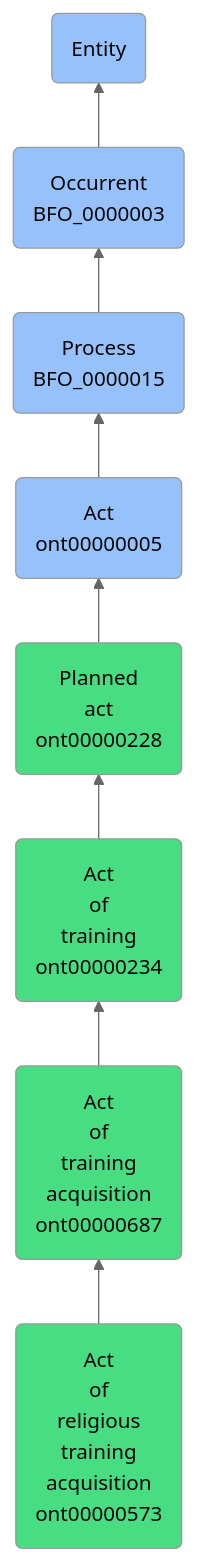
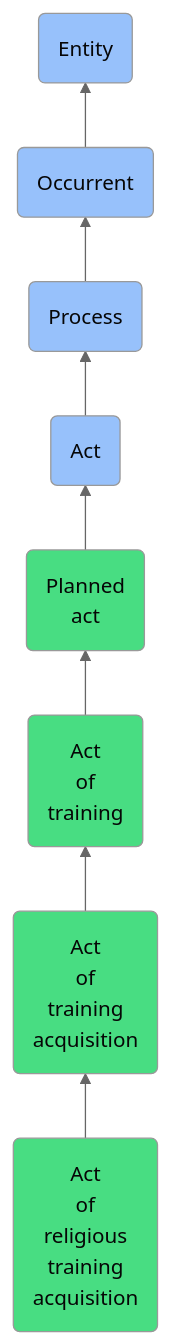
One commit to jupyter-naas/abi changed the diagram in docs/ontology/reference/model/Entity/Occurrent/Process/Act/Planned act/Act of training/Act of training acquisition/Act of religious training acquisition/Act of religious training acquisition.md. Above: the diagram before and after it, drawn with Mermaid (neutral theme). The commit also changed other lines of this file and 1430 other files, not shown here.

````diff
--- a/docs/ontology/reference/model/Entity/Occurrent/Process/Act/Planned act/Act of training/Act of training acquisition/Act of religious training acquisition/Act of religious training acquisition.md
+++ b/docs/ontology/reference/model/Entity/Occurrent/Process/Act/Planned act/Act of training/Act of training acquisition/Act of religious training acquisition/Act of religious training acquisition.md
@@ -24,15 +24,15 @@
 ```mermaid
 graph BT
-    ont00000573(Act<br>of<br>religious<br>training<br>acquisition<br>ont00000573):::ABI-->ont00000687
-    ont00000687(Act<br>of<br>training<br>acquisition<br>ont00000687):::ABI-->ont00000234
-    ont00000234(Act<br>of<br>training<br>ont00000234):::ABI-->ont00000228
-    ont00000228(Planned<br>act<br>ont00000228):::ABI-->ont00000005
-    ont00000005(Act<br>ont00000005):::BFO-->BFO_0000015
-    BFO_0000015(Process<br>BFO_0000015):::BFO-->BFO_0000003
-    BFO_0000003(Occurrent<br>BFO_0000003):::BFO-->BFO_0000001
+    ont00000573(Act<br>of<br>religious<br>training<br>acquisition):::ABI-->ont00000687
+    ont00000687(Act<br>of<br>training<br>acquisition):::ABI-->ont00000234
+    ont00000234(Act<br>of<br>training):::ABI-->ont00000228
+    ont00000228(Planned<br>act):::ABI-->ont00000005
+    ont00000005(Act):::BFO-->BFO_0000015
+    BFO_0000015(Process):::BFO-->BFO_0000003
+    BFO_0000003(Occurrent):::BFO-->BFO_0000001
     BFO_0000001(Entity):::BFO
     
     classDef BFO fill:#97c1fb,color:#060606
     classDef CCO fill:#e4c51e,color:#060606
     classDef ABI fill:#48DD82,color:#060606
 ```
````
